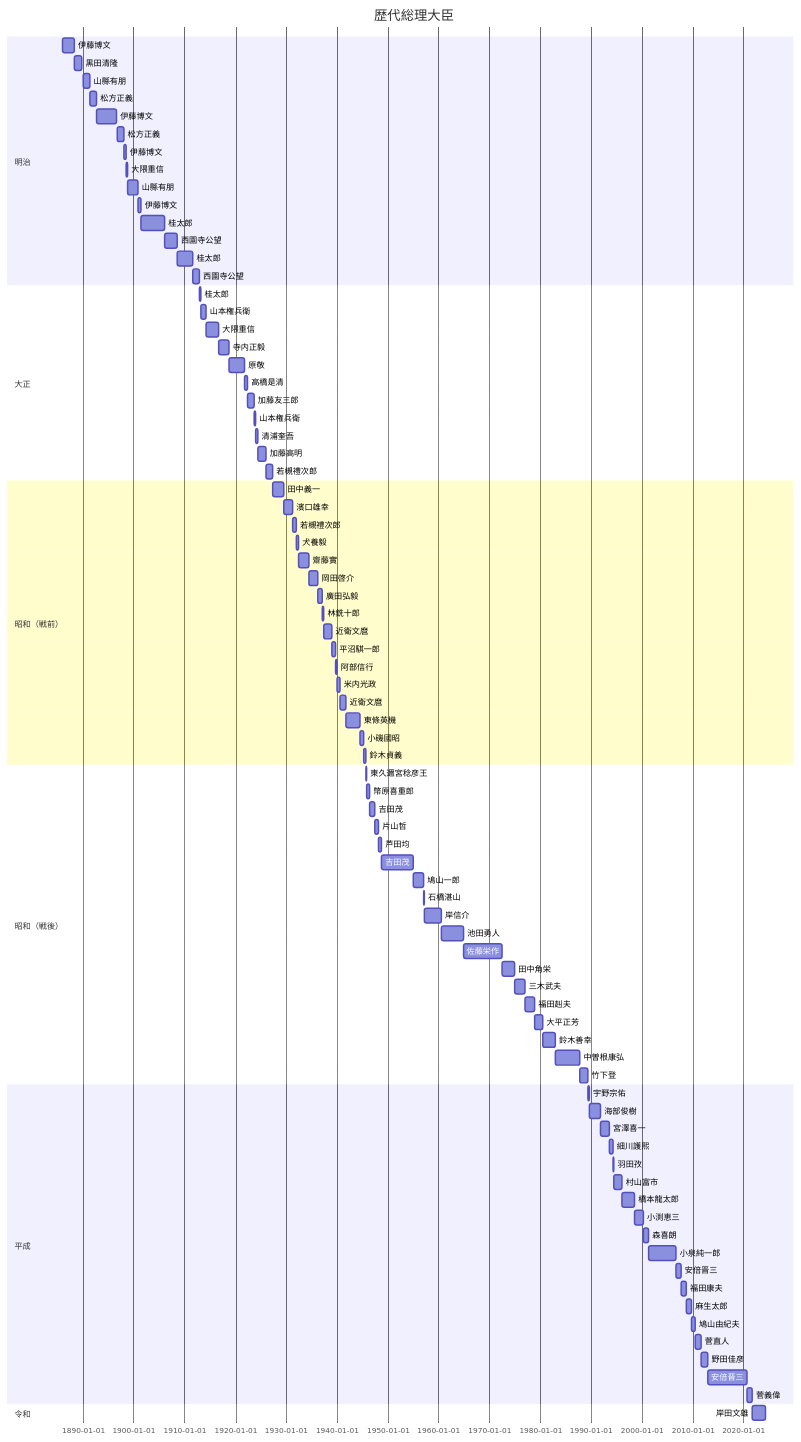
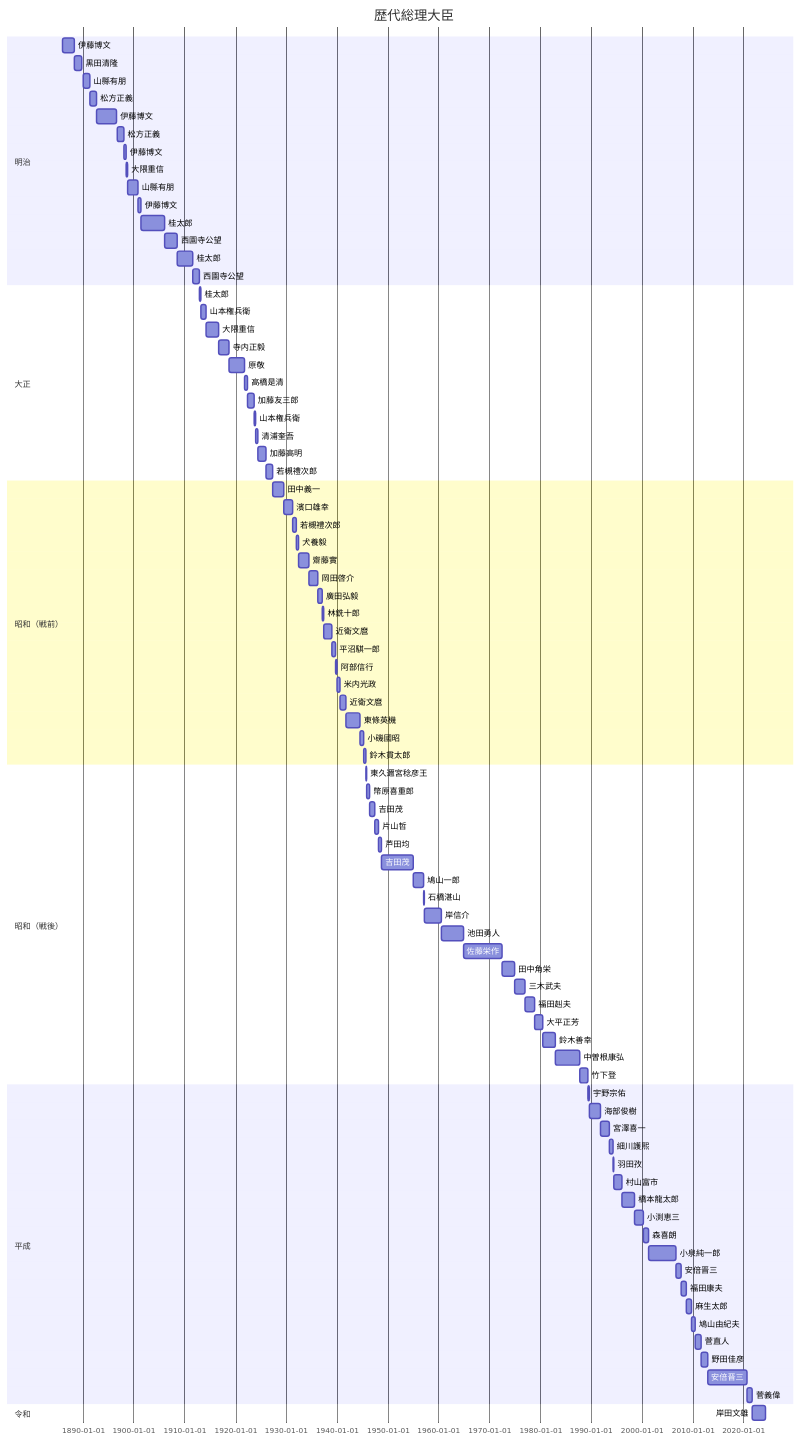
One commit to iHideck/chronology changed the diagram in README.md. Above: the diagram before and after it, drawn with Mermaid. The commit also changed other lines of this file, not shown here.

````diff
--- a/README.md
+++ b/README.md
@@ -3,7 +3,7 @@
 ```mermaid
 gantt
     title 歴代総理大臣
-dateFormat  YYYY-MM-DD
+    dateFormat YYYY-MM-DD
 
 section 明治
     伊藤博文 : 1885-12-22, 1888-04-30
@@ -50,7 +50,7 @@
     近衛文麿 : 1940-07-22, 1941-10-18
     東條英機 : 1941-10-18, 1944-07-22
     小磯國昭 : 1944-07-22, 1945-04-07
-    鈴木貞義 : 1945-04-07, 1945-08-17
+    鈴木貫太郎 : 1945-04-07, 1945-08-17
 
 section 昭和（戦後）
     東久邇宮稔彦王 : 1945-08-17, 1945-10-09
@@ -71,7 +71,6 @@
     鈴木善幸 : 1980-07-17, 1982-11-27
     中曽根康弘 : 1982-11-27, 1987-11-06
     竹下登 : 1987-11-06, 1989-06-03
-
 
 section 平成
     宇野宗佑 : 1989-06-03, 1989-08-10
````
